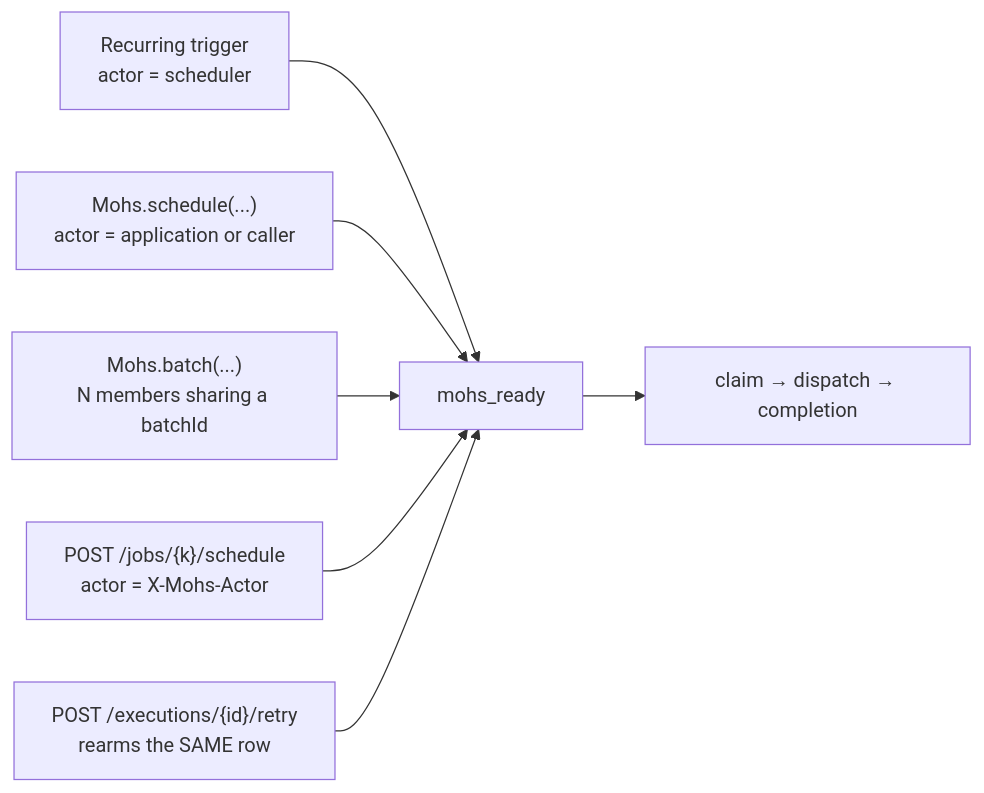
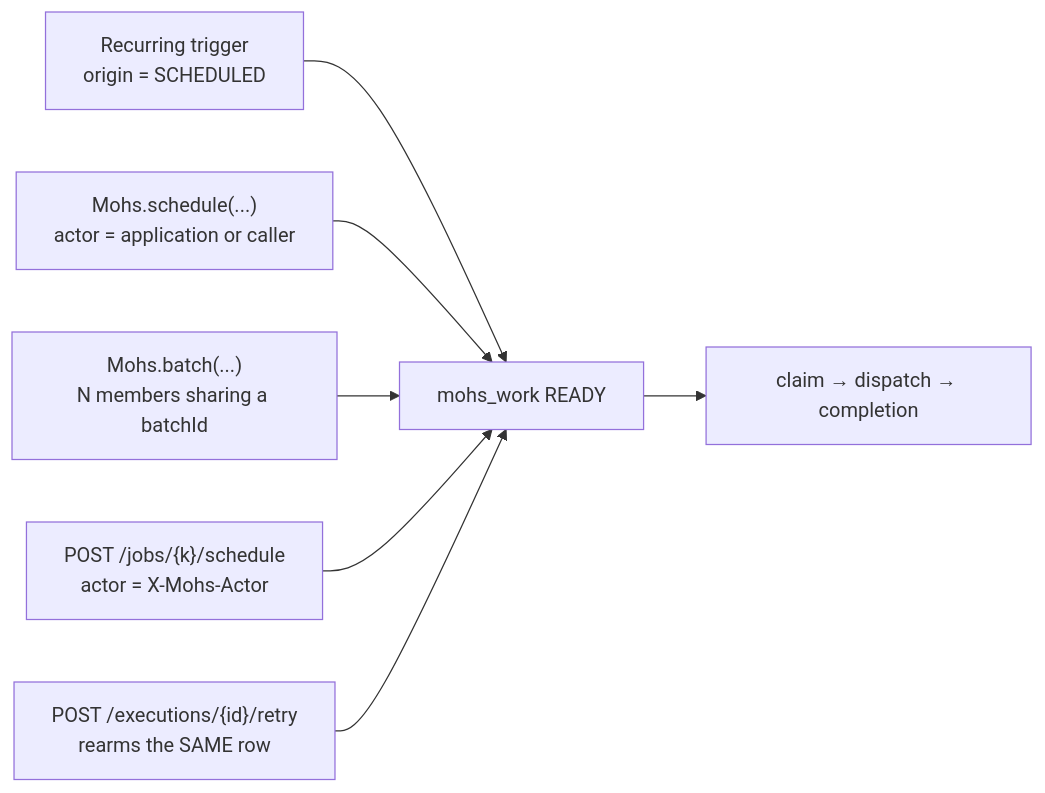
The diagram in docs/03-functional/README.md (robsonkades/mohs), drawn with Mermaid before and after one commit. The commit also changed 67 other files, not shown here.

````diff
--- a/docs/03-functional/README.md
+++ b/docs/03-functional/README.md
@@ -24,9 +24,9 @@
 ```mermaid
 flowchart LR
-    A["Recurring trigger<br/>actor = scheduler"] --> Q["mohs_ready"]
+    A["Recurring trigger<br/>origin = SCHEDULED"] --> Q["mohs_work READY"]
     B["Mohs.schedule(...)<br/>actor = application or caller"] --> Q
     C["Mohs.batch(...)<br/>N members sharing a batchId"] --> Q
     D["POST /jobs/{k}/schedule<br/>actor = X-Mohs-Actor"] --> Q
     E["POST /executions/{id}/retry<br/>rearms the SAME row"] --> Q
     Q --> F["claim → dispatch → completion"]
 ```
````
